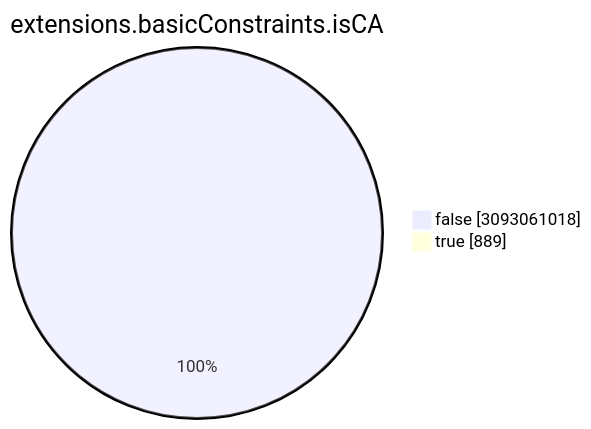
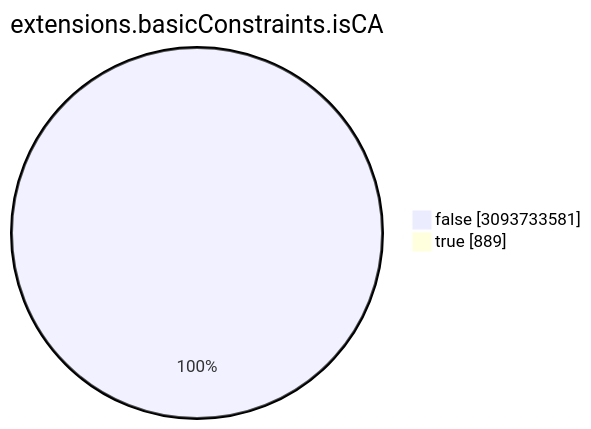
Before and after one commit to christiankrug/ctmonitor_visualization: the seventh of 15 diagrams in TOTAL/README.md, drawn with Mermaid. The commit also changed other lines of this file, not shown here.

````diff
--- a/TOTAL/README.md
+++ b/TOTAL/README.md
@@ -3086,6 +3086,6 @@
 ```mermaid
 pie showData
 title extensions.basicConstraints.isCA
-"false" :3093061018
+"false" :3093733581
 "true" :889
 ```
````
